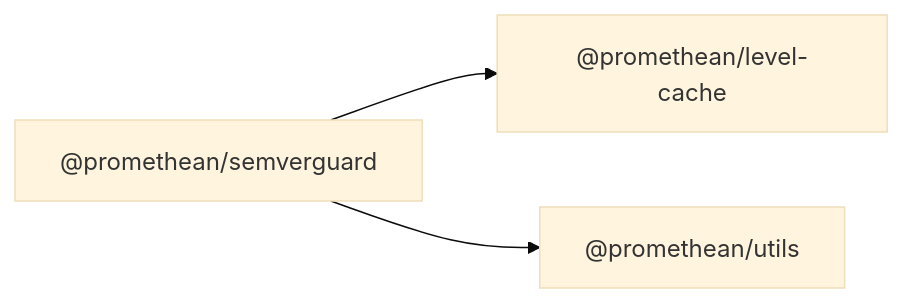
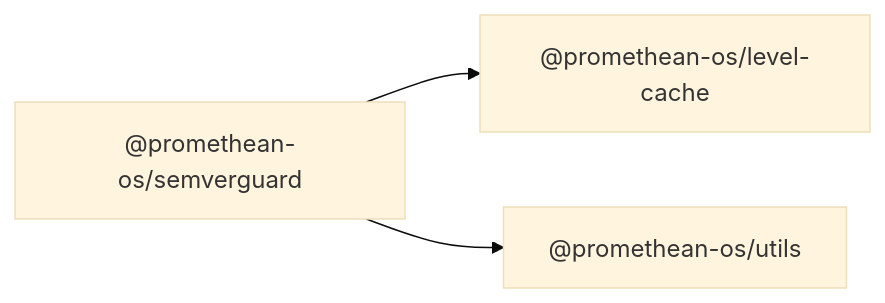
One commit to octave-commons/promethean changed the diagram in docs/packages/semverguard/README.md. Above: the diagram before and after it, drawn with Mermaid (base theme). The commit also changed other lines of this file and 1753 other files, not shown here.

````diff
--- a/docs/packages/semverguard/README.md
+++ b/docs/packages/semverguard/README.md
@@ -14,10 +14,10 @@
 ```mermaid
 graph LR
-  A["@promethean/semverguard"]
-  D1["@promethean/level-cache"]
-  D2["@promethean/utils"]
-  A --> D1["@promethean/level-cache"]
-  A --> D2["@promethean/utils"]
-  click D1 "../level-cache/README.md" "@promethean/level-cache"
-  click D2 "../utils/README.md" "@promethean/utils"
+  A["@promethean-os/semverguard"]
+  D1["@promethean-os/level-cache"]
+  D2["@promethean-os/utils"]
+  A --> D1["@promethean-os/level-cache"]
+  A --> D2["@promethean-os/utils"]
+  click D1 "../level-cache/README.md" "@promethean-os/level-cache"
+  click D2 "../utils/README.md" "@promethean-os/utils"
 ```
````
